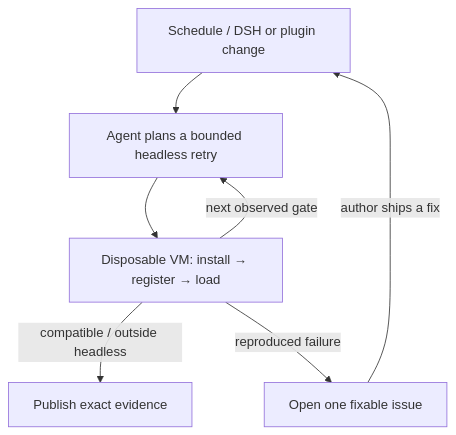
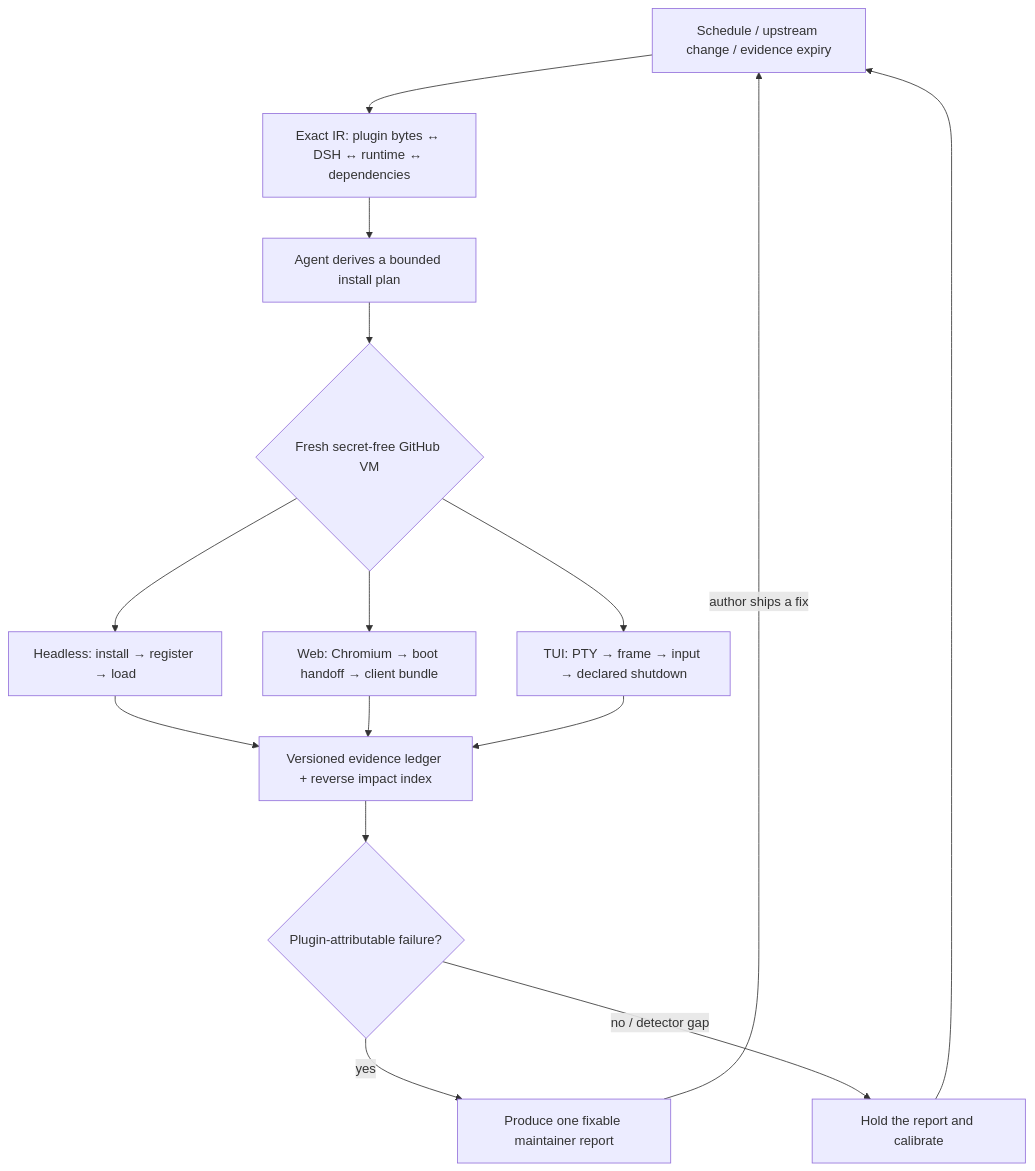
The diagram in README.md (MicroMilo/upstream-radar), drawn with Mermaid before and after one commit. The commit also changed other lines of this file and 29 other files, not shown here.

````diff
--- a/README.md
+++ b/README.md
@@ -54,9 +55,17 @@
 ```mermaid
 flowchart TB
-  Change["Schedule / DSH or plugin change"] --> Agent["Agent plans a bounded headless retry"]
-  Agent --> Runtime["Disposable VM: install → register → load"]
-  Runtime -->|"next observed gate"| Agent
-  Runtime -->|"compatible / outside headless"| Evidence["Publish exact evidence"]
-  Runtime -->|"reproduced failure"| Issue["Open one fixable issue"]
-  Issue -->|"author ships a fix"| Change
+  Trigger["Schedule / upstream change / evidence expiry"] --> IR["Exact IR: plugin bytes ↔ DSH ↔ runtime ↔ dependencies"]
+  IR --> Agent["Agent derives a bounded install plan"]
+  Agent --> VM{"Fresh secret-free GitHub VM"}
+  VM --> Headless["Headless: install → register → load"]
+  VM --> Web["Web: Chromium → boot handoff → client bundle"]
+  VM --> TUI["TUI: PTY → frame → input → declared shutdown"]
+  Headless --> Ledger["Versioned evidence ledger + reverse impact index"]
+  Web --> Ledger
+  TUI --> Ledger
+  Ledger --> Decision{"Plugin-attributable failure?"}
+  Decision -->|"yes"| Issue["Produce one fixable maintainer report"]
+  Decision -->|"no / detector gap"| Hold["Hold the report and calibrate"]
+  Issue -->|"author ships a fix"| Trigger
+  Hold --> Trigger
 ```
````
